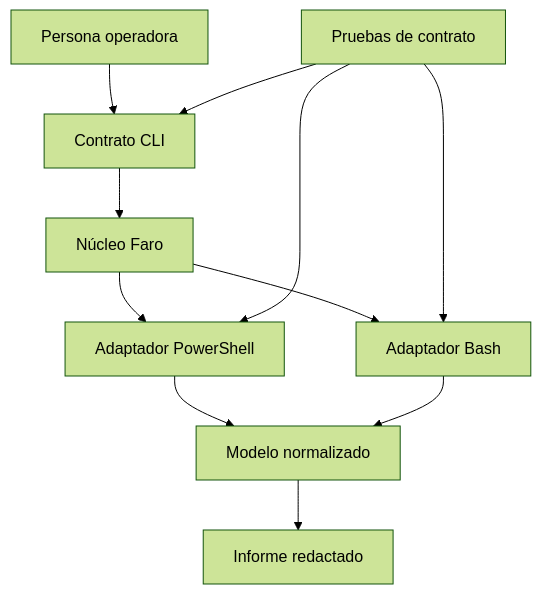
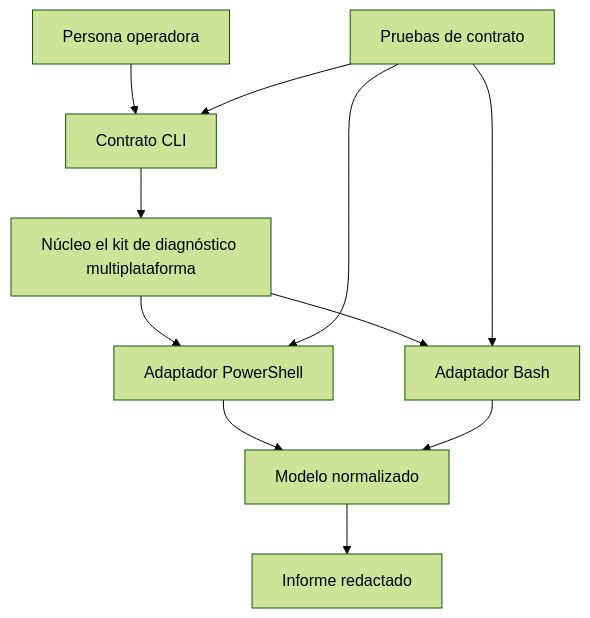
One commit to vladimiracunadev-create/modern-software-engineering-program changed the first of 2 diagrams in content/part-02/SE-036.md. Above: the diagram before and after it, drawn with Mermaid (forest theme). The commit also changed other lines of this file and 13 other files, not shown here.

````diff
--- a/content/part-02/SE-036.md
+++ b/content/part-02/SE-036.md
@@ -62,13 +62,13 @@
 ```mermaid
 flowchart TB
  U[Persona operadora] --> CLI[Contrato CLI]
- CLI --> C[Núcleo Faro]
+ CLI --> C[Núcleo el kit de diagnóstico multiplataforma]
  C --> P[Adaptador PowerShell]
  C --> B[Adaptador Bash]
  P --> N[Modelo normalizado]
  B --> N
  N --> R[Informe redactado]
  T[Pruebas de contrato] --> CLI
  T --> P
  T --> B
 ```
````
